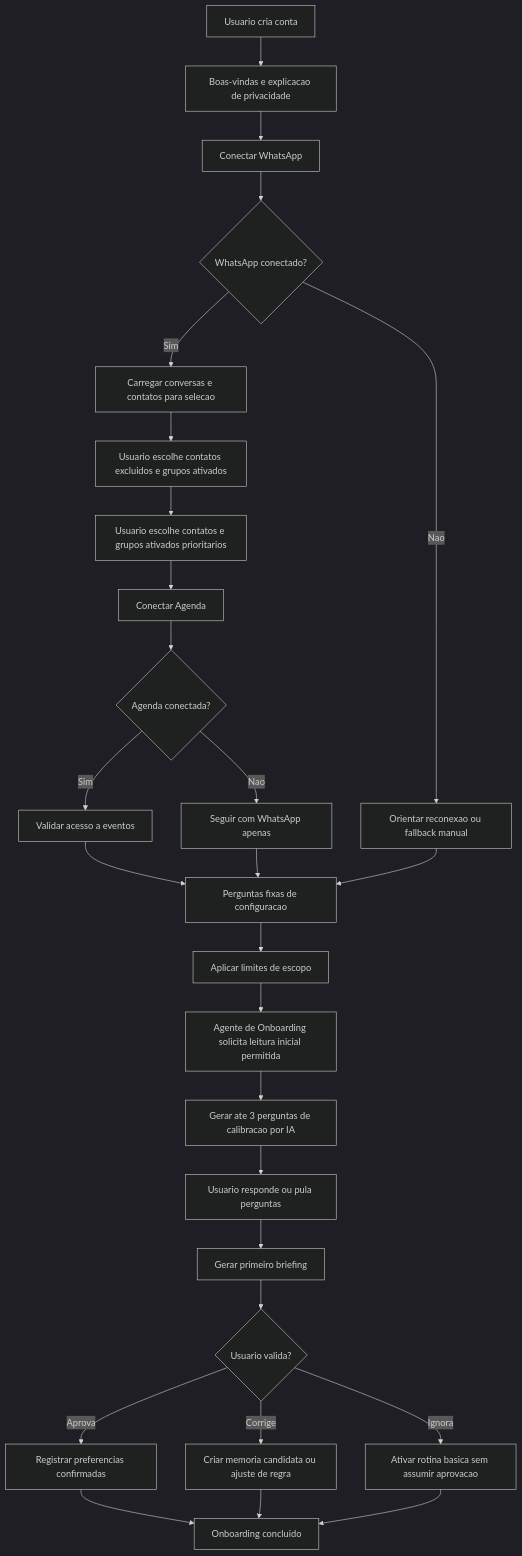
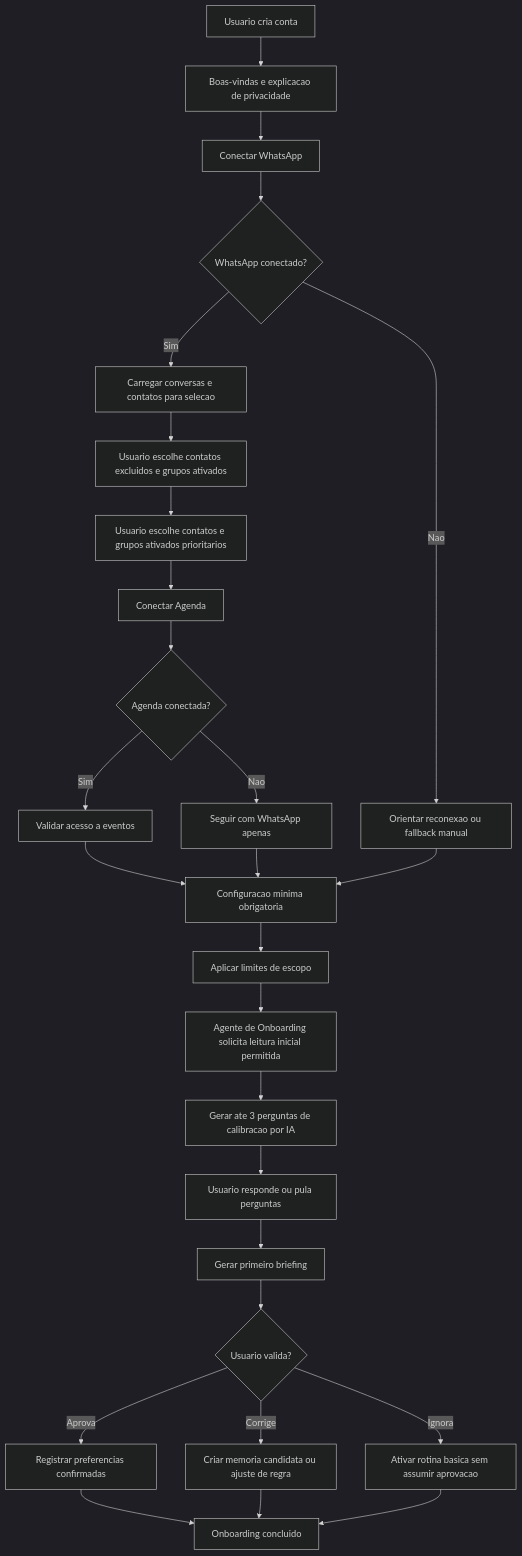
The diagram in docs/produto/05-subjornada-onboarding.md (GuilhermeSerafim/co-ceo), drawn with Mermaid (dark theme) before and after one commit. The commit also changed other lines of this file, not shown here.

Commit message:
docs: separar escopo das perguntas fixas

````diff
--- a/docs/produto/05-subjornada-onboarding.md
+++ b/docs/produto/05-subjornada-onboarding.md
@@ -64,36 +64,36 @@
 ```mermaid
 flowchart TD
     A["Usuario cria conta"] --> B["Boas-vindas e explicacao de privacidade"]
     B --> C["Conectar WhatsApp"]
     C --> D{"WhatsApp conectado?"}
 
     D -->|Sim| E["Carregar conversas e contatos para selecao"]
     D -->|Nao| D1["Orientar reconexao ou fallback manual"]
 
     E --> F["Usuario escolhe contatos excluidos e grupos ativados"]
     F --> G["Usuario escolhe contatos e grupos ativados prioritarios"]
     G --> H["Conectar Agenda"]
 
     H --> I{"Agenda conectada?"}
     I -->|Sim| J["Validar acesso a eventos"]
     I -->|Nao| I1["Seguir com WhatsApp apenas"]
 
-    J --> K["Perguntas fixas de configuracao"]
+    J --> K["Configuracao minima obrigatoria"]
     I1 --> K
     D1 --> K
 
     K --> L["Aplicar limites de escopo"]
     L --> M["Agente de Onboarding solicita leitura inicial permitida"]
     M --> N["Gerar ate 3 perguntas de calibracao por IA"]
     N --> O["Usuario responde ou pula perguntas"]
     O --> P["Gerar primeiro briefing"]
     P --> Q{"Usuario valida?"}
 
     Q -->|Aprova| R["Registrar preferencias confirmadas"]
     Q -->|Corrige| S["Criar memoria candidata ou ajuste de regra"]
     Q -->|Ignora| T["Ativar rotina basica sem assumir aprovacao"]
 
     R --> U["Onboarding concluido"]
     S --> U
     T --> U
 ```
````
